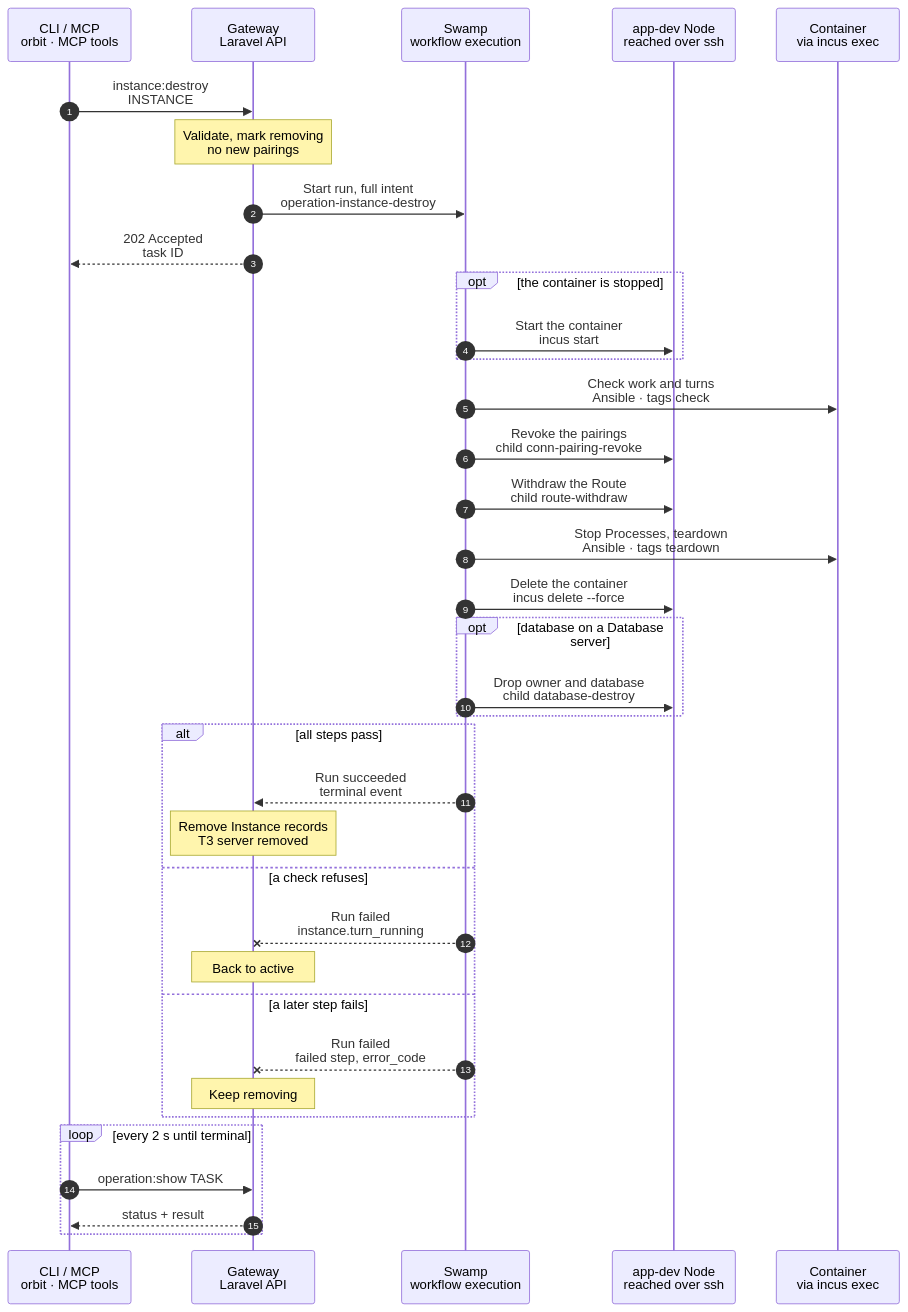
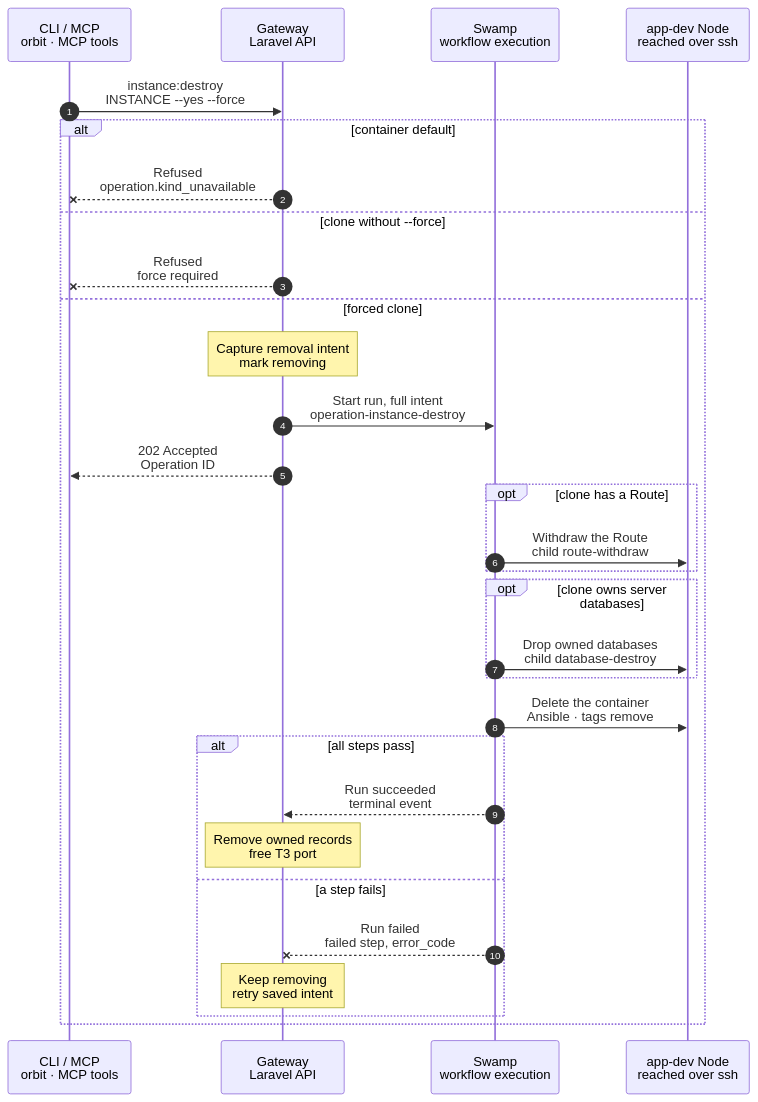
The diagram in docs/cli/instance/container/destroy.mmd (hardimpactdev/orbit), drawn with Mermaid before and after one commit. The commit also changed 2 other files, not shown here.

Commit message:
docs: specify forced container clone cleanup

```diff
--- a/docs/cli/instance/container/destroy.mmd
+++ b/docs/cli/instance/container/destroy.mmd
@@ -1,78 +1,69 @@
 sequenceDiagram
-  %% Target design, container runtime (ADR 0250 step 3, docs/reference/development-containers.md#destroy): `instance:destroy` of a container Instance. The kind and its step names follow docs/cli/instance/destroy.mmd; the intent carries `runtime: container`.
+  %% Container clone cleanup, ADR 0250 PR 6. Default destruction and guarded clone removal follow separately.
   %% status: draft
   %% command: instance:destroy
   %% kind: instance.destroy
   autonumber
   %% lane CLI icon=terminal pill=caller tone=gray
   %% lane GW icon=gateway pill=intent tone=blue
   %% lane SW icon=workflow pill=executes tone=green
   %% lane N icon=server pill=target tone=amber
-  %% lane C icon=server pill=target tone=purple
   participant CLI as CLI / MCP<br/>orbit · MCP tools
   participant GW as Gateway<br/>Laravel API
   participant SW as Swamp<br/>workflow execution
   participant N as app-dev Node<br/>reached over ssh
-  participant C as Container<br/>via incus exec
-  CLI->>GW: instance:destroy<br/>INSTANCE
-  %%> Command:
-  %%> - `orbit instance:destroy INSTANCE`
-  %%> - syntax: `<instance> [--force]`
-  Note over GW: Validate, mark removing<br/>no new pairings
+  CLI->>GW: instance:destroy<br/>INSTANCE --yes --force
+  %% path: main
   %%> Requirements:
-  %%> - the calling Node has node access to the Instance's Node; no other change runs on the Instance
-  %%> - a default Instance has no clones, else `instance.default_has_clones`
-  %%> Result:
-  %%> - the Instance is `removing`; the Conn layer refuses new pairings with its T3 server
-  %%> - a repository read token for the work check is minted, and the Gateway's session for this T3 server goes to the vault; the intent names both vault keys
-  %%> - a task is recorded with the full intent
-  GW->>SW: Start run, full intent<br/>operation-instance-destroy
-  GW-->>CLI: 202 Accepted<br/>task ID
-  opt the container is stopped
-    SW->>N: Start the container<br/>incus start
-    %%> Why:
-    %%> - the checks below read the workspace and T3; the Route is not published again
+  %%> - Node access to the Instance's Node and no other lifecycle Operation holds the Instance
+  %%> - this slice supports a container clone only; a container default remains unavailable
+  %%> - `--force` is required until guarded removal is built; no work or turn check runs
+  alt container default
+    %% path: default-unavailable
+    GW--xCLI: Refused<br/>operation.kind_unavailable
+  else clone without --force
+    %% path: force-required
+    GW--xCLI: Refused<br/>force required
+    %%> Code:
+    %%> - `instance.container_destroy_force_required`
+  else forced clone
+    %% path: admitted
+    Note over GW: Capture removal intent<br/>mark removing
+    %%> Result:
+    %%> - capture the clone's container identity, Route, Processes and owned databases
+    %%> - keep its runtime row, address and T3 port reserved until terminal success
+    %%> - Conn refuses new pairings while the Instance is removing
+    GW->>SW: Start run, full intent<br/>operation-instance-destroy
+    GW-->>CLI: 202 Accepted<br/>Operation ID
+    opt clone has a Route
+      %% path: routed
+      SW->>N: Withdraw the Route<br/>child route-withdraw
+    end
+    opt clone owns server databases
+      %% path: server-database
+      SW->>N: Drop owned databases<br/>child database-destroy
+    end
+    SW->>N: Delete the container<br/>Ansible · tags remove
+    %%> What it does:
+    %%> - stops and deletes the clone, its Processes, T3 history, snapshots, storage volume and proxy device
+    %%> - deleting T3 retires every session and unused pairing link; no T3 call or new vault key is needed
+    %%> - removes its `instance-<id>` ACL from Incus project `default`, its owned UFW rules and its Node repository mirror
+    %%> - checks that the container and storage volume are absent; already absent resources are removed
+    %%> - the default and sibling clones stay
+    alt all steps pass
+      %% path: succeeded
+      SW-->>GW: Run succeeded<br/>terminal event
+      Note over GW: Remove owned records<br/>free T3 port
+      %%> Result:
+      %%> - remove Instance execution copies and Conn's copies, environment and pairings, even while Conn is disabled
+      %%> - delete the Route, Processes, owned database records, runtime row and Instance
+      %%> - deleting the runtime row frees the published T3 port and bridge address
+    else a step fails
+      %% path: removal-failed
+      SW--xGW: Run failed<br/>failed step, error_code
+      Note over GW: Keep removing<br/>retry saved intent
+      %%> Retry:
+      %%> - a fresh forced destroy reuses the removal identity and accepts resources already gone
+      %%> - after withdrawal the Route stays down; records and the reserved port stay until success
+    end
   end
-  SW->>C: Check work and turns<br/>Ansible · tags check
-  %%> What it does:
-  %%> - fetches origin on the Node with the read token; the token never enters the container
-  %%> - reads the branch heads and uncommitted files in the workspace as `agent`, and compares the heads with origin on the Node
-  %%> - asks T3's MCP endpoint, with the Gateway's session, for threads with a running or queued turn; a default Instance has no T3, so this part is skipped
-  %%> Refuses:
-  %%> - unpushed work, as today; a running turn with `instance.turn_running`
-  %%> - `--force` skips both checks
-  SW->>N: Revoke the pairings<br/>child conn-pairing-revoke
-  %%> What it does:
-  %%> - revokes every client session and unused link that Orbit paired on this T3 server
-  SW->>N: Withdraw the Route<br/>child route-withdraw
-  SW->>C: Stop Processes, teardown<br/>Ansible · tags teardown
-  %%> What it does:
-  %%> - stops the Processes, then runs the Project's teardown steps as `orbit`
-  SW->>N: Delete the container<br/>incus delete --force
-  %%> What it does:
-  %%> - deletes the container with its T3 state and thread history, its proxy device and its firewall rules; an archive of the history comes later
-  %%> - the default Instance it was cloned from stays
-  opt database on a Database server
-    SW->>N: Drop owner and database<br/>child database-destroy
-  end
-  alt all steps pass
-    SW-->>GW: Run succeeded<br/>terminal event
-    Note over GW: Remove Instance records<br/>T3 server removed
-    %%> Result:
-    %%> - the Instance, its runtime and its Route are removed; the T3 server's record is marked removed and its stored session deleted
-    %%> - the port returns to `t3_ports`
-  else a check refuses
-    SW--xGW: Run failed<br/>instance.turn_running
-    Note over GW: Back to active
-    %%> Result:
-    %%> - nothing was removed; the Instance is active again and pairing opens again
-  else a later step fails
-    SW--xGW: Run failed<br/>failed step, error_code
-    Note over GW: Keep removing
-    %%> Retry:
-    %%> - run the same command again; it skips what is already gone
-  end
-  loop every 2 s until terminal
-    CLI->>GW: operation:show TASK
-    GW-->>CLI: status + result
-  end
```
